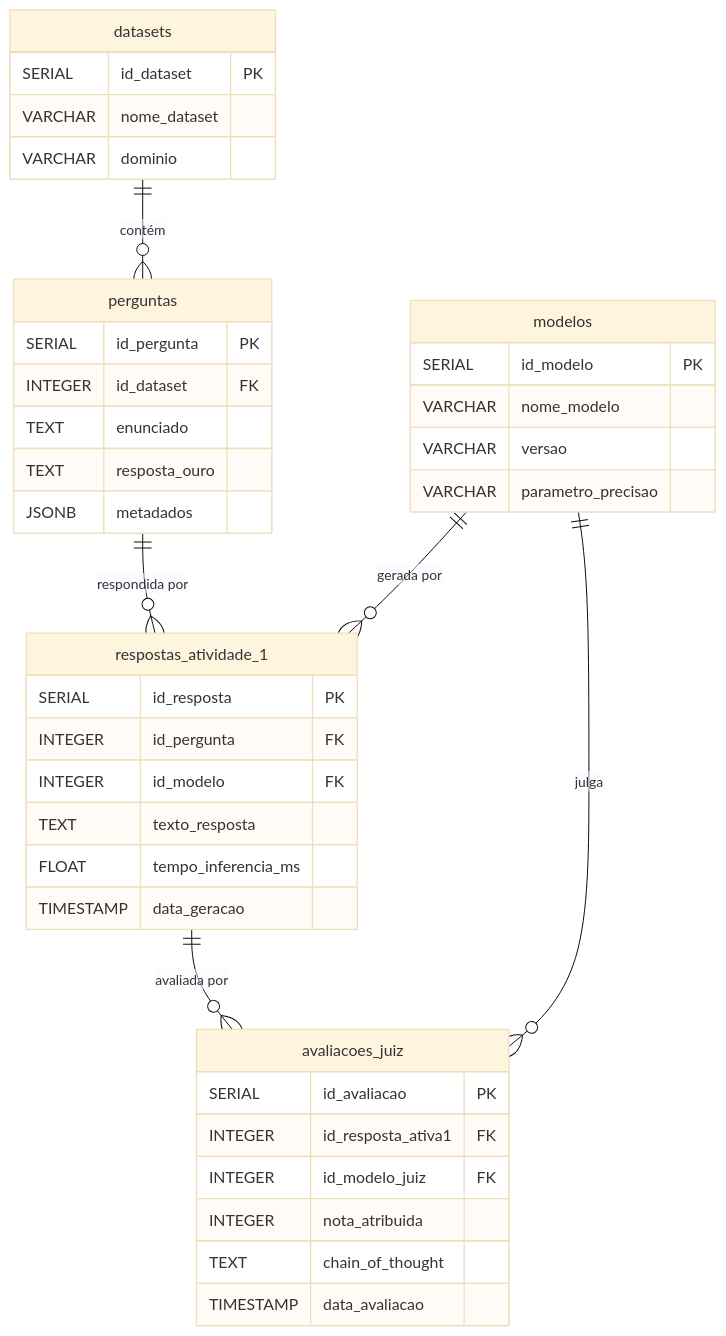
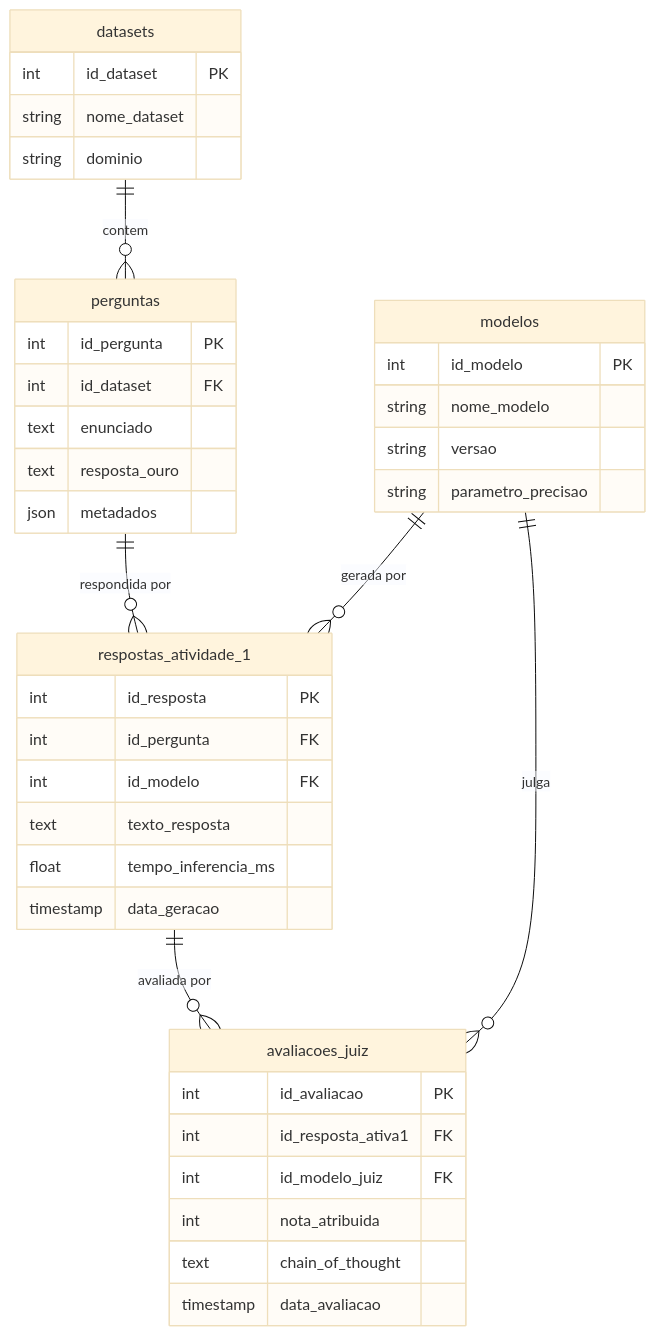
One commit to ReinanHS/Topicos_Avancados_2026_1_Equipe_JUD_3_atividade2 changed the diagram in README.md. Above: the diagram before and after it, drawn with Mermaid (base theme).

Commit message:
fix: correção para o mermaid

````diff
--- a/README.md
+++ b/README.md
@@ -89,47 +91,47 @@
 ```mermaid
 erDiagram
     modelos {
-        SERIAL id_modelo PK
-        VARCHAR nome_modelo
-        VARCHAR versao
-        VARCHAR parametro_precisao
+        int id_modelo PK
+        string nome_modelo
+        string versao
+        string parametro_precisao
     }
-
+ 
     datasets {
-        SERIAL id_dataset PK
-        VARCHAR nome_dataset
-        VARCHAR dominio
+        int id_dataset PK
+        string nome_dataset
+        string dominio
     }
-
+ 
     perguntas {
-        SERIAL id_pergunta PK
-        INTEGER id_dataset FK
-        TEXT enunciado
-        TEXT resposta_ouro
-        JSONB metadados
+        int id_pergunta PK
+        int id_dataset FK
+        text enunciado
+        text resposta_ouro
+        json metadados
     }
-
+ 
     respostas_atividade_1 {
-        SERIAL id_resposta PK
-        INTEGER id_pergunta FK
-        INTEGER id_modelo FK
-        TEXT texto_resposta
-        FLOAT tempo_inferencia_ms
-        TIMESTAMP data_geracao
+        int id_resposta PK
+        int id_pergunta FK
+        int id_modelo FK
+        text texto_resposta
+        float tempo_inferencia_ms
+        timestamp data_geracao
     }
-
+ 
     avaliacoes_juiz {
-        SERIAL id_avaliacao PK
-        INTEGER id_resposta_ativa1 FK
-        INTEGER id_modelo_juiz FK
-        INTEGER nota_atribuida
-        TEXT chain_of_thought
-        TIMESTAMP data_avaliacao
+        int id_avaliacao PK
+        int id_resposta_ativa1 FK
+        int id_modelo_juiz FK
+        int nota_atribuida
+        text chain_of_thought
+        timestamp data_avaliacao
     }
-
-    datasets ||--o{ perguntas : "contém"
+ 
+    datasets ||--o{ perguntas : "contem"
     perguntas ||--o{ respostas_atividade_1 : "respondida por"
     modelos ||--o{ respostas_atividade_1 : "gerada por"
     respostas_atividade_1 ||--o{ avaliacoes_juiz : "avaliada por"
     modelos ||--o{ avaliacoes_juiz : "julga"
 ```
````
